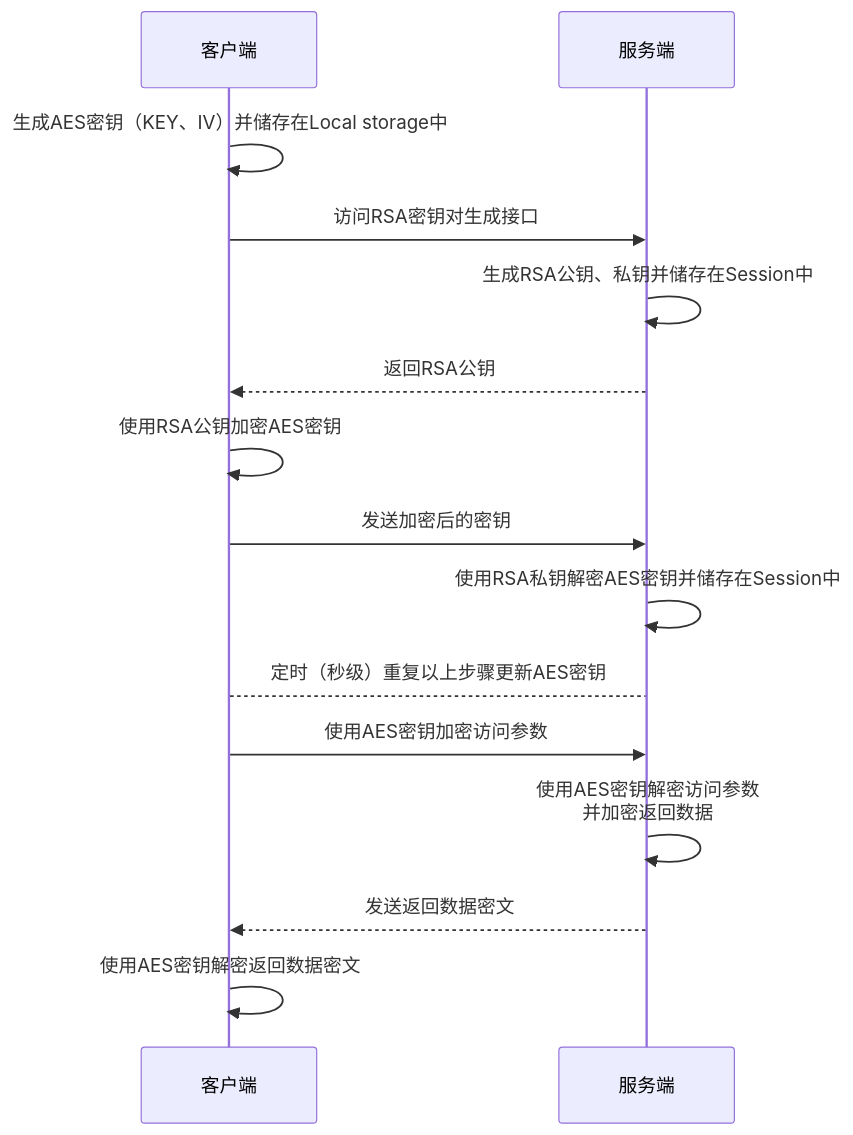
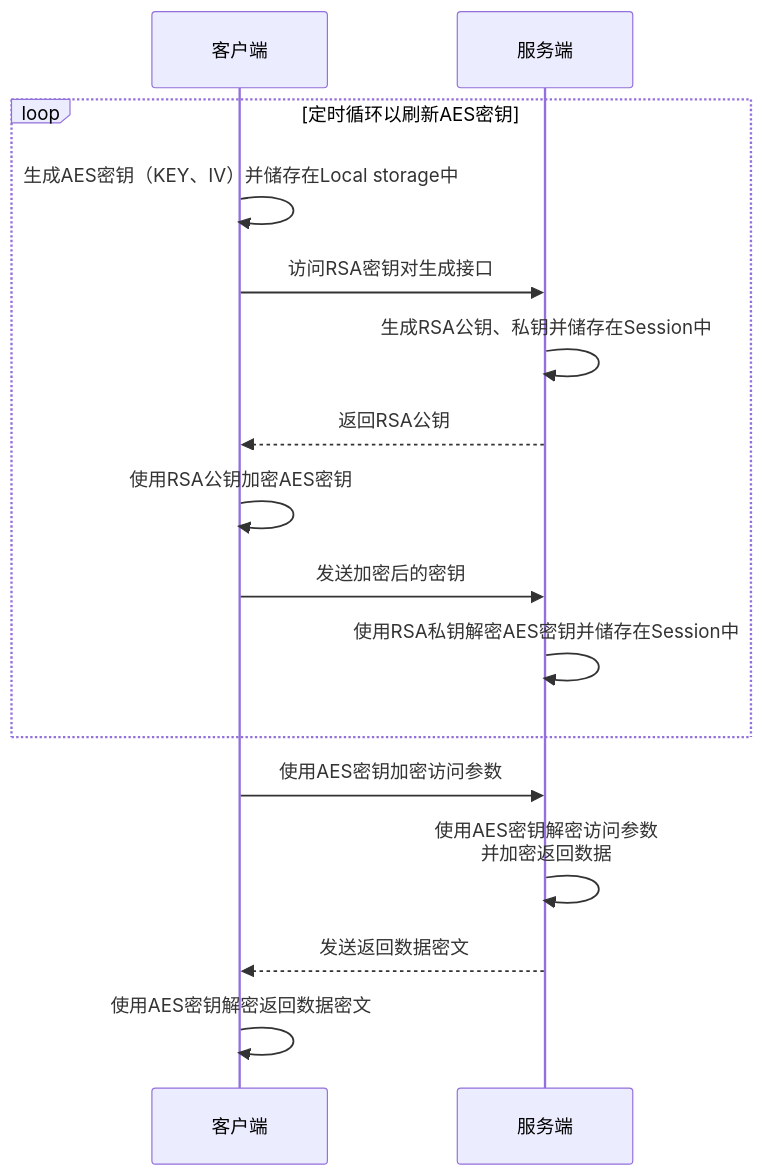
The diagram in README.md (SouSuoKe/SSK-xadmin), drawn with Mermaid before and after one commit.

Commit message:
更新时序图

````diff
--- a/README.md
+++ b/README.md
@@ -3,17 +3,18 @@
 ```mermaid
 sequenceDiagram
 participant A as 客户端
 participant B as 服务端
+loop 定时循环以刷新AES密钥
 A->>A: 生成AES密钥（KEY、IV）并储存在Local storage中
 A->>B: 访问RSA密钥对生成接口
 B->>B: 生成RSA公钥、私钥并储存在Session中
 B-->>A: 返回RSA公钥
 A->>A: 使用RSA公钥加密AES密钥
 A->>B: 发送加密后的密钥
 B->>B: 使用RSA私钥解密AES密钥并储存在Session中
-A-->B: 定时（秒级）重复以上步骤更新AES密钥
+end
 A->>B: 使用AES密钥加密访问参数
 B->>B: 使用AES密钥解密访问参数<br>并加密返回数据
 B-->>A: 发送返回数据密文
 A->>A: 使用AES密钥解密返回数据密文
 ```
````
